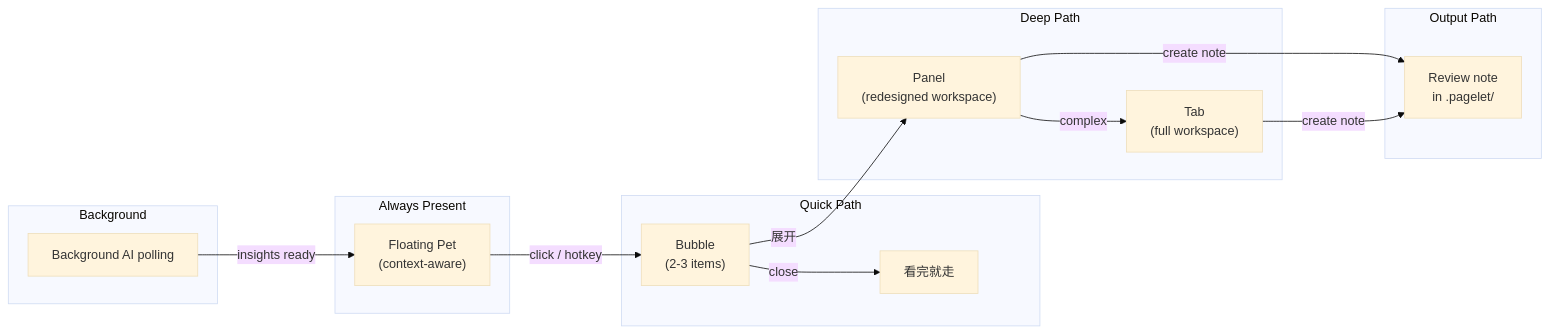
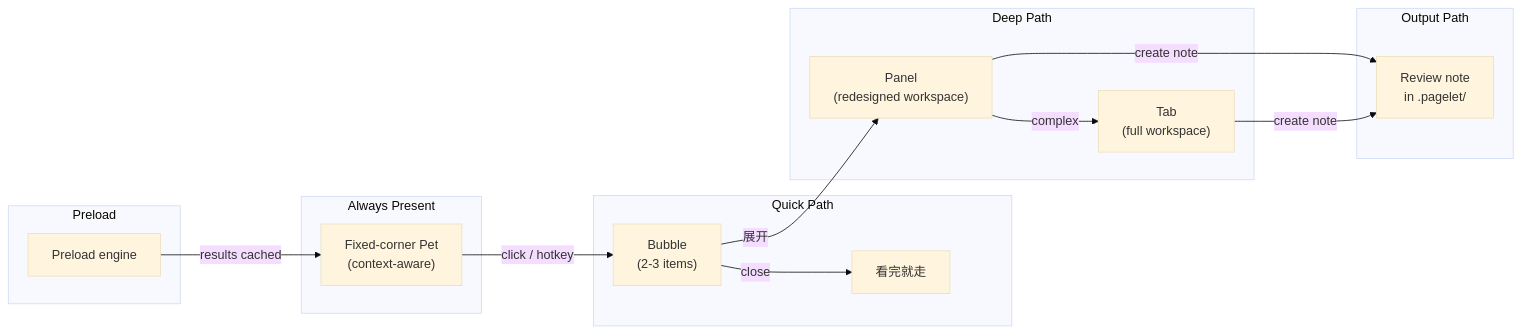
Before and after one commit to edonyzpc/personal-assistant: the first of 2 diagrams in docs/pagelet-v2-product-design.md, drawn with Mermaid (base theme). The commit also changed other lines of this file, not shown here.

````diff
--- a/docs/pagelet-v2-product-design.md
+++ b/docs/pagelet-v2-product-design.md
@@ -51,25 +51,25 @@
 ```mermaid
 flowchart LR
   subgraph "Always Present"
-    Pet["Floating Pet<br/>(context-aware)"]
+    Pet["Fixed-corner Pet<br/>(context-aware)"]
   end
 
   subgraph "Quick Path"
     Pet -->|click / hotkey| Bubble["Bubble<br/>(2-3 items)"]
     Bubble -->|close| Done1["看完就走"]
   end
 
   subgraph "Deep Path"
     Bubble -->|"展开"| Panel["Panel<br/>(redesigned workspace)"]
     Panel -->|complex| Tab["Tab<br/>(full workspace)"]
   end
 
   subgraph "Output Path"
     Panel -->|"create note"| Note["Review note<br/>in .pagelet/"]
     Tab -->|"create note"| Note
   end
 
-  subgraph "Background"
-    BG["Background AI polling"] -->|insights ready| Pet
+  subgraph "Preload"
+    BG["Preload engine"] -->|results cached| Pet
   end
 ```
````
